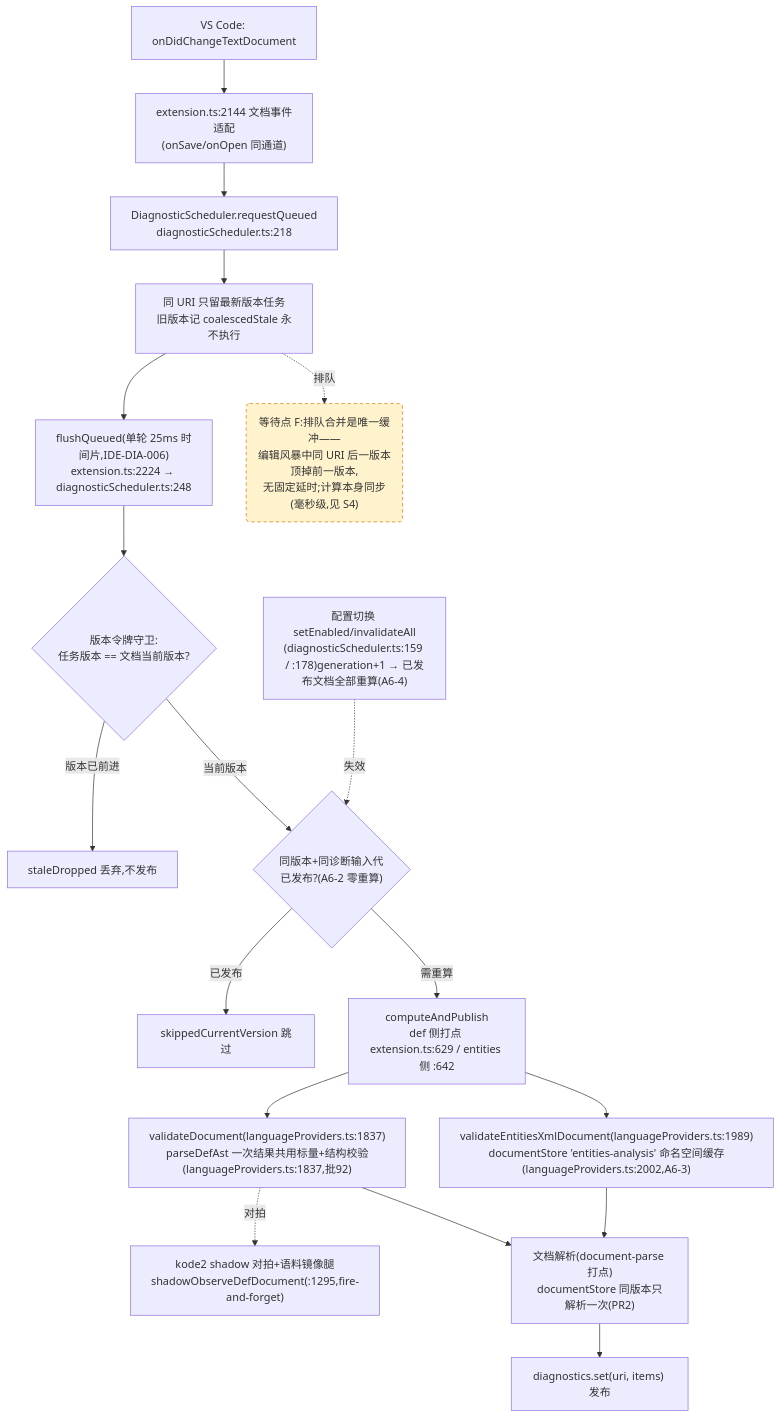
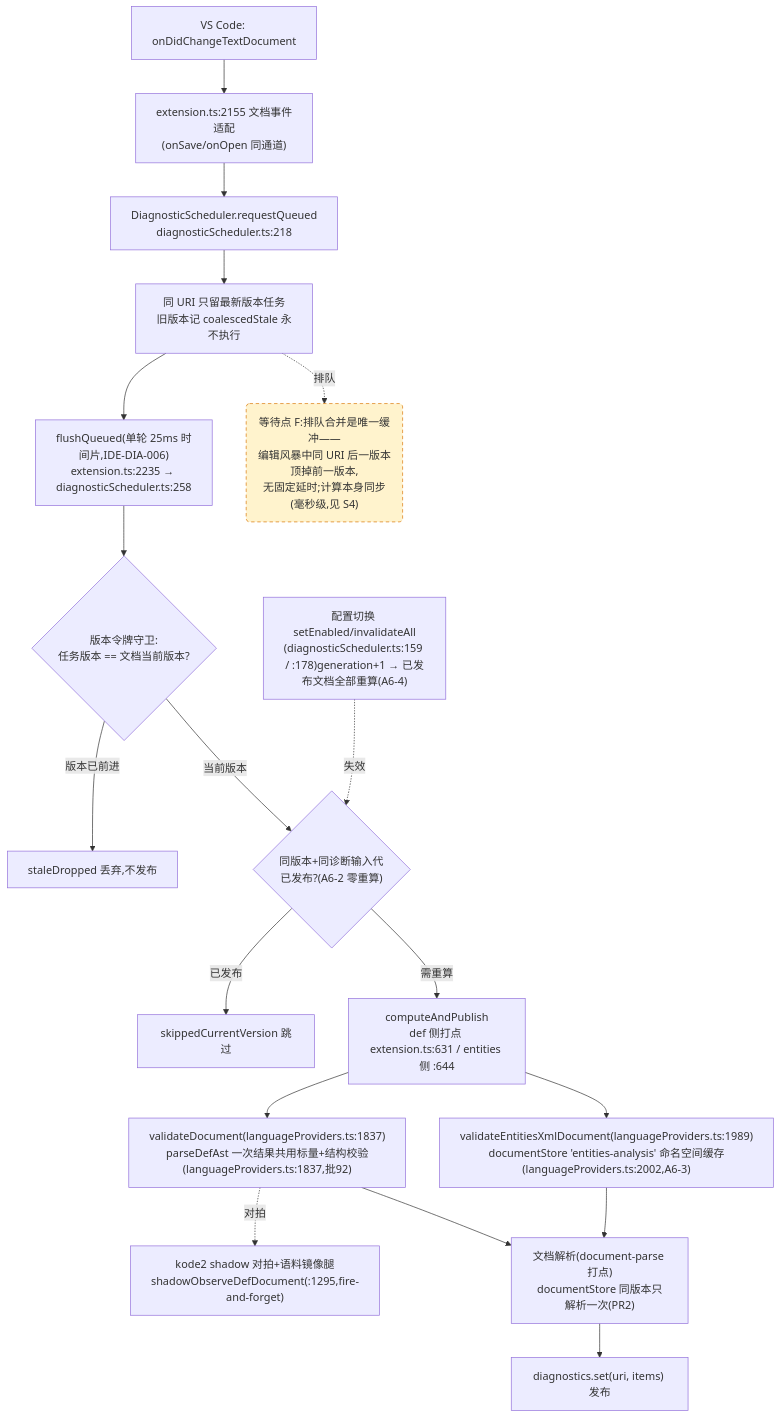
One commit to cuihairu/kode changed the fourth of 4 diagrams in docs/perf/2026-baseline.md. Above: the diagram before and after it, drawn with Mermaid. The commit also changed other lines of this file and 1 other file, not shown here.

Commit message:
fix(KODE-AUD-001): recalibrate perf callchain doc anchors after extension line shifts

````diff
--- a/docs/perf/2026-baseline.md
+++ b/docs/perf/2026-baseline.md
@@ -214,38 +214,38 @@
 ```mermaid
 flowchart TD
   CHG["VS Code: onDidChangeTextDocument"]
-  WATCH["extension.ts:2144 文档事件适配<br/>(onSave/onOpen 同通道)"]
+  WATCH["extension.ts:2155 文档事件适配<br/>(onSave/onOpen 同通道)"]
   RQ["DiagnosticScheduler.requestQueued<br/>diagnosticScheduler.ts:218"]
   CO["同 URI 只留最新版本任务<br/>旧版本记 coalescedStale 永不执行"]
-  FL["flushQueued(单轮 25ms 时间片,IDE-DIA-006)<br/>extension.ts:2224 → diagnosticScheduler.ts:248"]
+  FL["flushQueued(单轮 25ms 时间片,IDE-DIA-006)<br/>extension.ts:2235 → diagnosticScheduler.ts:258"]
   VG{"版本令牌守卫:<br/>任务版本 == 文档当前版本?"}
   DROP["staleDropped 丢弃,不发布"]
   GEN{"同版本+同诊断输入代<br/>已发布?(A6-2 零重算)"}
   SKIP["skippedCurrentVersion 跳过"]
-  CALC["computeAndPublish<br/>def 侧打点 extension.ts:629 / entities 侧 :642"]
+  CALC["computeAndPublish<br/>def 侧打点 extension.ts:631 / entities 侧 :644"]
   VD["validateDocument(languageProviders.ts:1837)<br/>parseDefAst 一次结果共用标量+结构校验(languageProviders.ts:1837,批92)"]
   VEX["validateEntitiesXmlDocument(languageProviders.ts:1989)<br/>documentStore 'entities-analysis' 命名空间缓存(languageProviders.ts:2002,A6-3)"]
   SHDD["kode2 shadow 对拍+语料镜像腿<br/>shadowObserveDefDocument(:1295,fire-and-forget)"]
   DS["文档解析(document-parse 打点)<br/>documentStore 同版本只解析一次(PR2)"]
   PUB["diagnostics.set(uri, items) 发布"]
   CFG2["配置切换 setEnabled/invalidateAll<br/>(diagnosticScheduler.ts:159 / :178)generation+1 → 已发布文档全部重算(A6-4)"]
 
   CHG --> WATCH --> RQ --> CO --> FL --> VG
   VG -- "版本已前进" --> DROP
   VG -- "当前版本" --> GEN
   GEN -- "已发布" --> SKIP
   GEN -- "需重算" --> CALC
   CALC --> VD
   CALC --> VEX
   VD --> DS
   VEX --> DS
   DS --> PUB
   VD -.->|对拍| SHDD
   CFG2 -.->|失效| GEN
 
   WAITF("等待点 F:排队合并是唯一缓冲——<br/>编辑风暴中同 URI 后一版本顶掉前一版本,<br/>无固定延时;计算本身同步(毫秒级,见 S4)")
   CO -.->|排队| WAITF
 
   classDef waitPoint fill:#fff3cd,stroke:#d97706,stroke-dasharray:5 4;
   class WAITF waitPoint;
 ```
````
